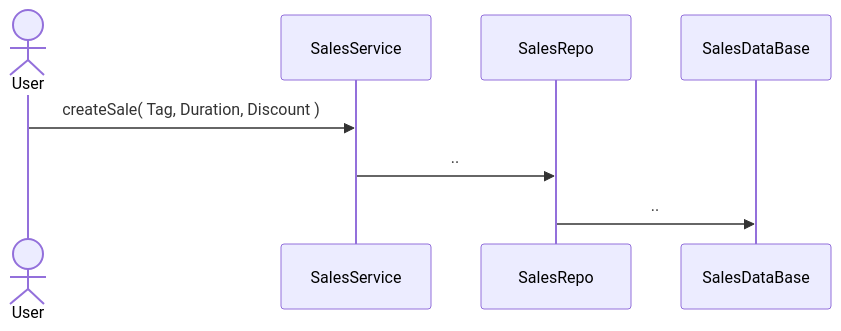
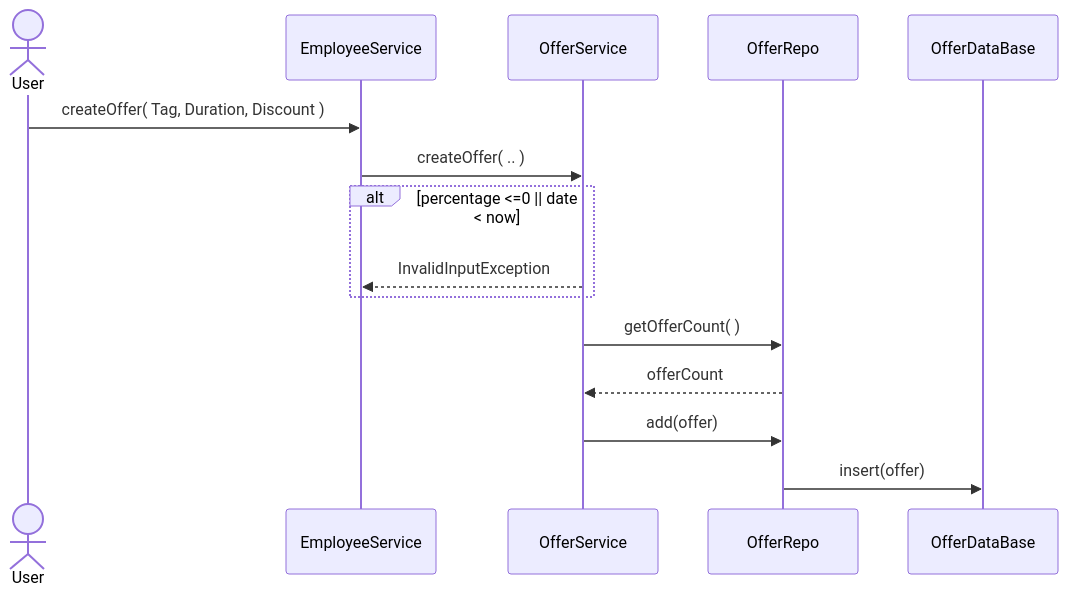
The tenth of 10 diagrams in docs/high_level_architecture.md (Apameus/Bookly), drawn with Mermaid before and after one commit. The commit also changed other lines of this file and 1 other file, not shown here.

````diff
--- a/docs/high_level_architecture.md
+++ b/docs/high_level_architecture.md
@@ -145,10 +149,17 @@
 ```mermaid
 sequenceDiagram
     actor  U as User
-    participant SS as SalesService
-    participant SR as SalesRepo
-    participant SDB as SalesDataBase
-    U ->> SS: createSale( Tag, Duration, Discount )
-    SS ->> SR: ..
-    SR ->> SDB: ..
+    participant ES as EmployeeService
+    participant OS as OfferService
+    participant OR as OfferRepo
+    participant ODB as OfferDataBase
+    U ->> ES: createOffer( Tag, Duration, Discount )
+    ES ->> OS: createOffer( .. )
+    alt percentage <=0 || date < now 
+            OS -->> ES: InvalidInputException
+    end
+    OS ->> OR: getOfferCount( )
+    OR -->> OS: offerCount
+    OS ->> OR: add(offer)
+    OR ->> ODB: insert(offer)
 ```
````
